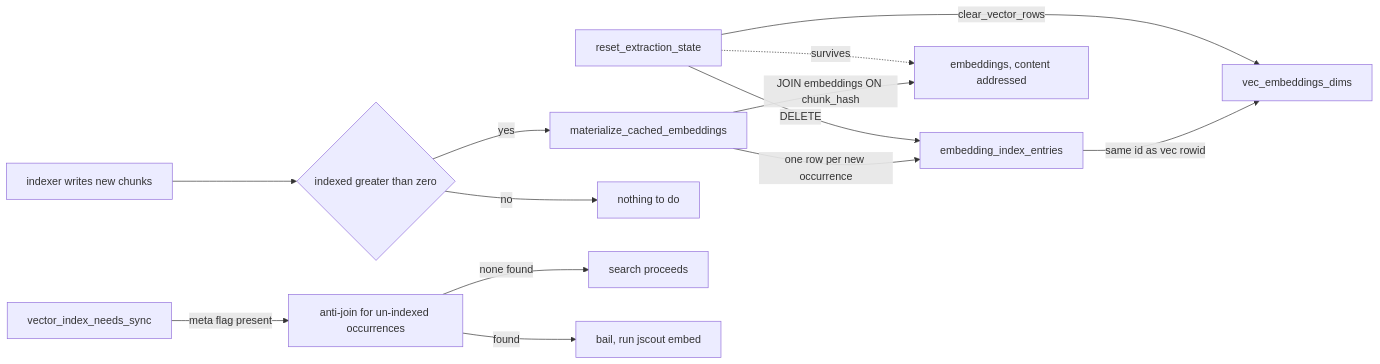
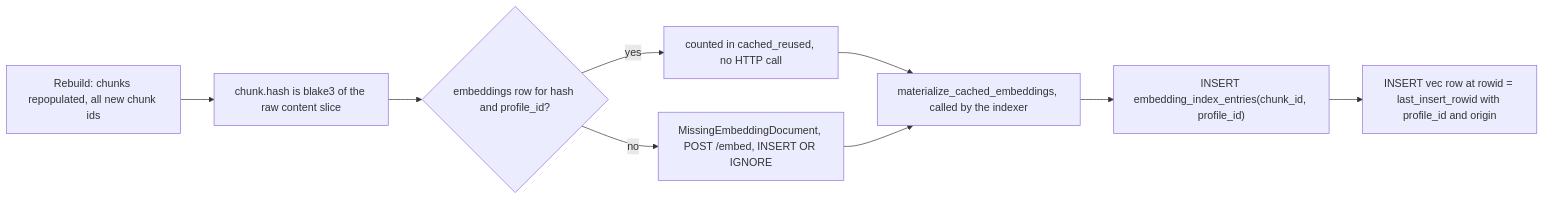
One commit to iantocristian/jscout changed the second of 3 diagrams in docs/codebase-analysis/06-semantic-layer.md. Above: the diagram before and after it, drawn with Mermaid. The commit also changed other lines of this file and 28 other files, not shown here.

````diff
--- a/docs/codebase-analysis/06-semantic-layer.md
+++ b/docs/codebase-analysis/06-semantic-layer.md
@@ -90,15 +68,11 @@
 ```mermaid
 flowchart LR
-  RESET["reset_extraction_state"] -->|"DELETE"| E1["embedding_index_entries"]
-  RESET -->|"clear_vector_rows"| V1["vec_embeddings_dims"]
-  RESET -.->|"survives"| CACHE["embeddings, content addressed"]
-  REIDX["indexer writes new chunks"] --> GUARD{"indexed greater than zero"}
-  GUARD -->|"yes"| MAT["materialize_cached_embeddings"]
-  GUARD -->|"no"| SKIP["nothing to do"]
-  MAT -->|"JOIN embeddings ON chunk_hash"| CACHE
-  MAT -->|"one row per new occurrence"| E1
-  E1 -->|"same id as vec rowid"| V1
-  READY["vector_index_needs_sync"] -->|"meta flag present"| CHECK["anti-join for un-indexed occurrences"]
-  CHECK -->|"none found"| OK["search proceeds"]
-  CHECK -->|"found"| FAIL["bail, run jscout embed"]
+  A["Rebuild: chunks repopulated, all new chunk ids"] --> B["chunk.hash is blake3 of the raw content slice"]
+  B --> C{"embeddings row for hash and profile_id?"}
+  C -->|"yes"| D["counted in cached_reused, no HTTP call"]
+  C -->|"no"| E["MissingEmbeddingDocument, POST /embed, INSERT OR IGNORE"]
+  D --> F["materialize_cached_embeddings, called by the indexer"]
+  E --> F
+  F --> G["INSERT embedding_index_entries(chunk_id, profile_id)"]
+  G --> H["INSERT vec row at rowid = last_insert_rowid with profile_id and origin"]
 ```
````
